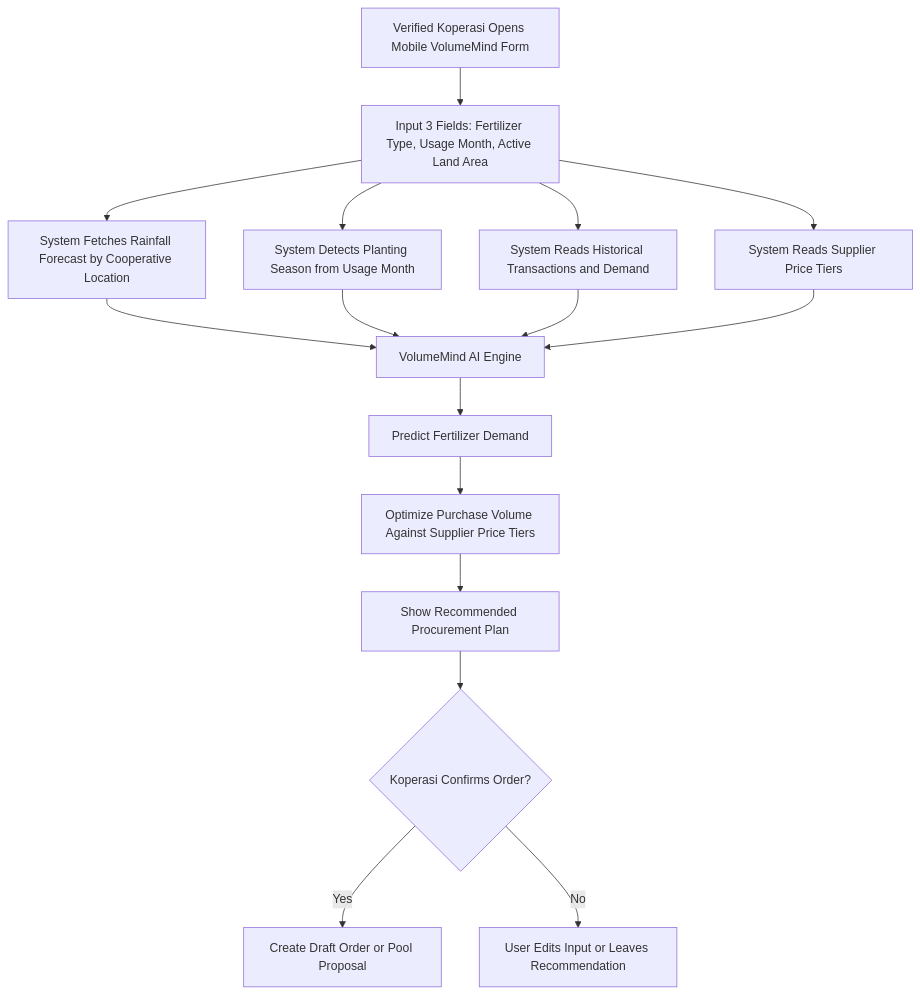
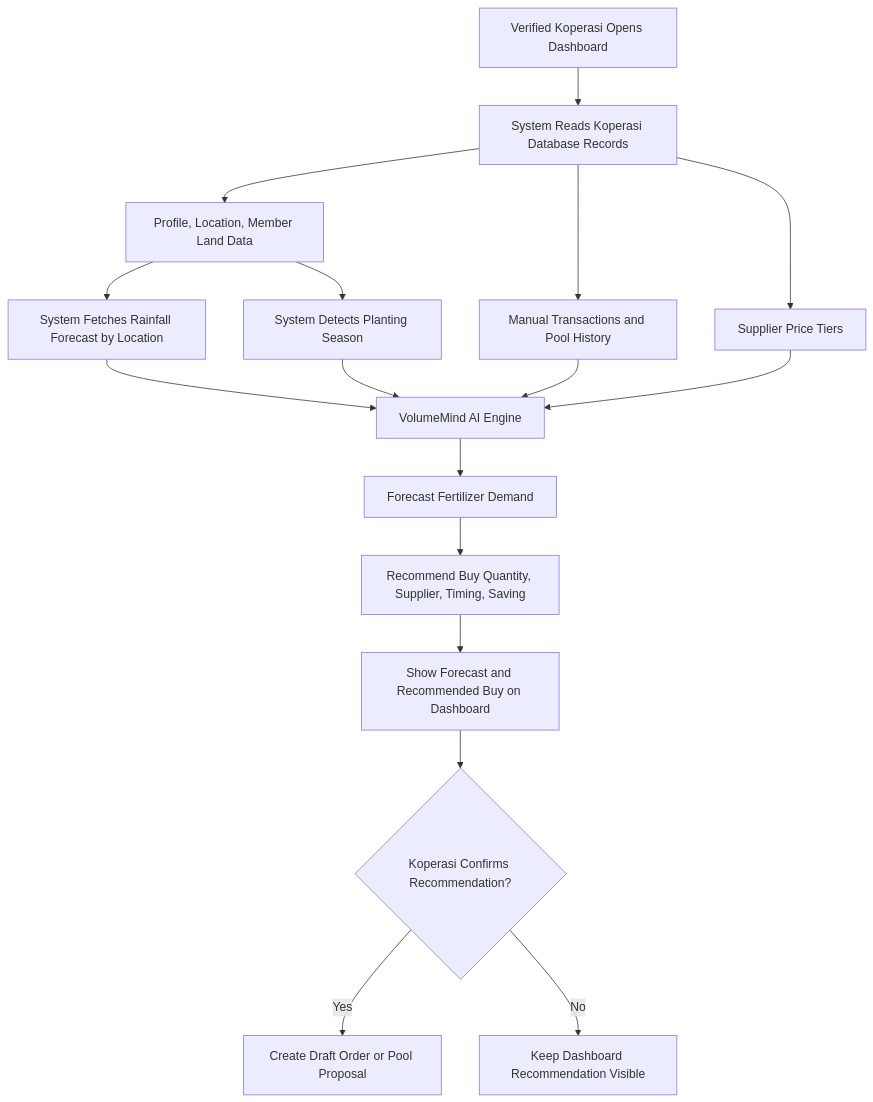
The fourth of 10 diagrams in Docs/diagram.md (OlanIsm/TechnoScape-2026-Hackathon), drawn with Mermaid before and after one commit. The commit also changed other lines of this file and 3 other files, not shown here.

````diff
--- a/Docs/diagram.md
+++ b/Docs/diagram.md
@@ -50,19 +64,20 @@
 ```mermaid
 flowchart TD
-    K[Verified Koperasi Opens Mobile VolumeMind Form] --> INPUT[Input 3 Fields: Fertilizer Type, Usage Month, Active Land Area]
-    INPUT --> WEATHER[System Fetches Rainfall Forecast by Cooperative Location]
-    INPUT --> SEASON[System Detects Planting Season from Usage Month]
-    INPUT --> HISTORY[System Reads Historical Transactions and Demand]
-    INPUT --> TIERS[System Reads Supplier Price Tiers]
+    K[Verified Koperasi Opens Dashboard] --> DB[System Reads Koperasi Database Records]
+    DB --> PROFILE[Profile, Location, Member Land Data]
+    DB --> HISTORY[Manual Transactions and Pool History]
+    DB --> TIERS[Supplier Price Tiers]
+    PROFILE --> WEATHER[System Fetches Rainfall Forecast by Location]
+    PROFILE --> SEASON[System Detects Planting Season]
 
     WEATHER --> AI[VolumeMind AI Engine]
     SEASON --> AI
     HISTORY --> AI
     TIERS --> AI
-    AI --> PREDICT[Predict Fertilizer Demand]
-    PREDICT --> OPTIMIZE[Optimize Purchase Volume Against Supplier Price Tiers]
-    OPTIMIZE --> OUTPUT[Show Recommended Procurement Plan]
-    OUTPUT --> CONFIRM{Koperasi Confirms Order?}
+    AI --> PREDICT[Forecast Fertilizer Demand]
+    PREDICT --> OPTIMIZE[Recommend Buy Quantity, Supplier, Timing, Saving]
+    OPTIMIZE --> OUTPUT[Show Forecast and Recommended Buy on Dashboard]
+    OUTPUT --> CONFIRM{Koperasi Confirms Recommendation?}
     CONFIRM -->|Yes| DRAFT[Create Draft Order or Pool Proposal]
-    CONFIRM -->|No| EDIT[User Edits Input or Leaves Recommendation]
+    CONFIRM -->|No| IDLE[Keep Dashboard Recommendation Visible]
 ```
````
